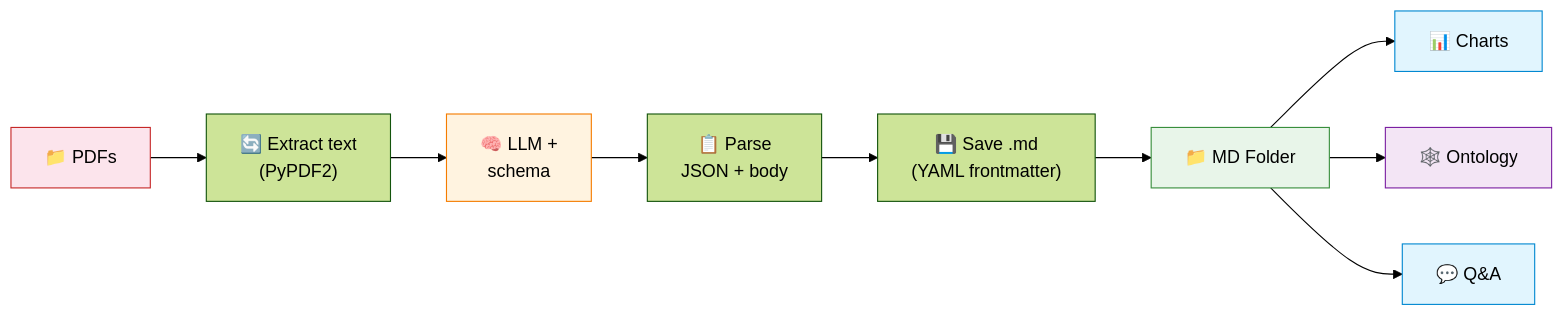
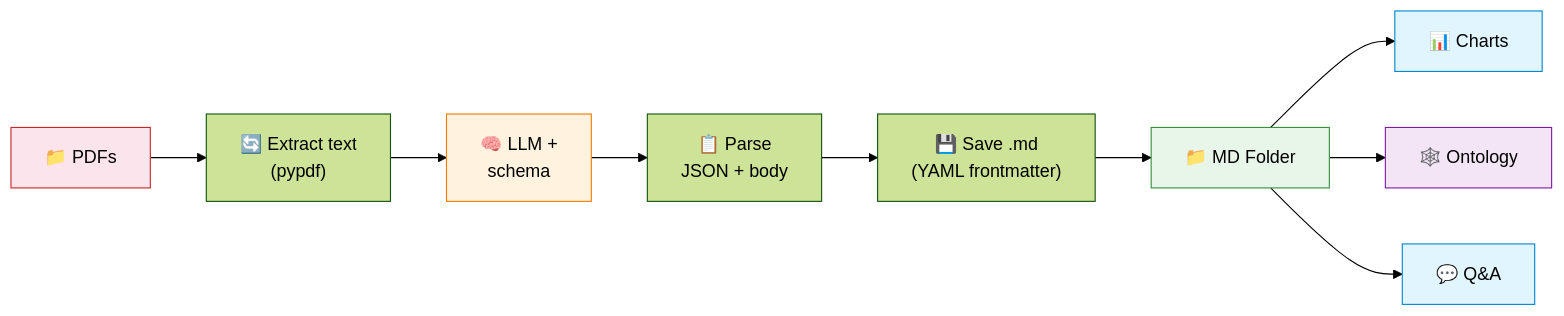
The second of 6 diagrams in week_06.md (MIRAE-Laboratory/UST_Lecture_AgenticAI), drawn with Mermaid (forest theme) before and after one commit. The commit also changed other lines of this file and 26 other files, not shown here.

````diff
--- a/week_06.md
+++ b/week_06.md
@@ -163,17 +191,17 @@
 ```mermaid
 graph LR
-    A["📁 PDFs"] --> B["🔄 Extract text<br>(PyPDF2)"]
+    A["📁 PDFs"] --> B["🔄 Extract text<br>(pypdf)"]
     B --> C["🧠 LLM +<br>schema"]
     C --> D["📋 Parse<br>JSON + body"]
     D --> E["💾 Save .md<br>(YAML frontmatter)"]
     E --> F["📁 MD Folder"]
     F --> G["📊 Charts"]
     F --> H["🕸️ Ontology"]
     F --> I["💬 Q&A"]
     style A fill:#fce4ec,stroke:#c62828
     style C fill:#fff3e0,stroke:#f57c00
     style F fill:#e8f5e9,stroke:#388e3c
     style G fill:#e1f5fe,stroke:#0288d1
     style H fill:#f3e5f5,stroke:#7b1fa2
     style I fill:#e1f5fe,stroke:#0288d1
 ```
````
